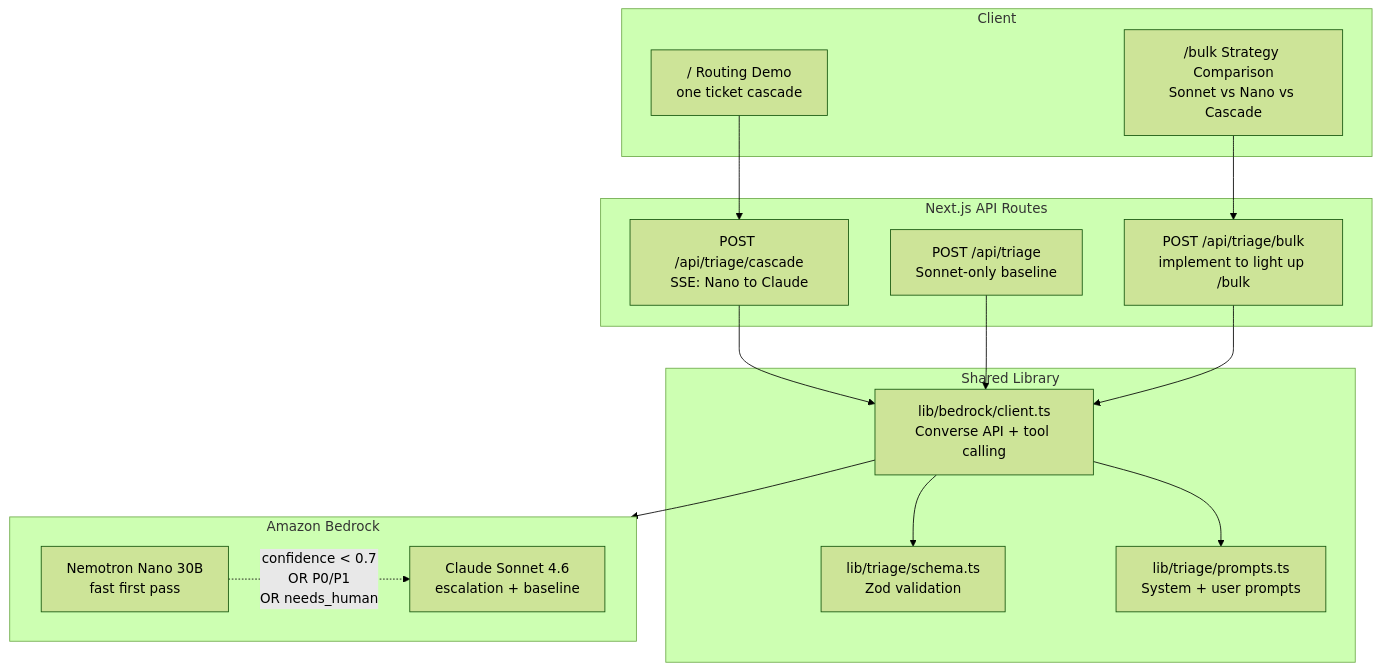
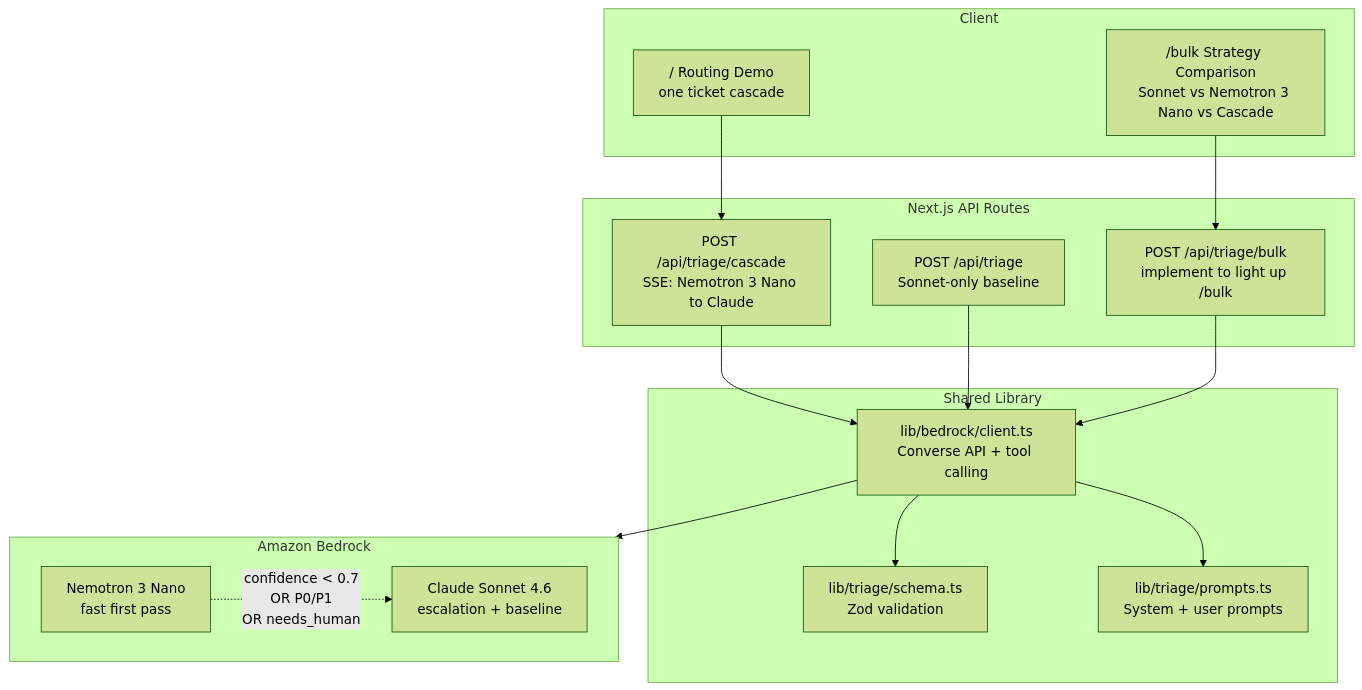
One commit to aws-samples/sample-nvidia-nemotron-cascade-workshop changed the diagram in README.md. Above: the diagram before and after it, drawn with Mermaid (forest theme). The commit also changed other lines of this file and 10 other files, not shown here.

````diff
--- a/README.md
+++ b/README.md
@@ -36,35 +38,35 @@
 ```mermaid
 flowchart TB
     subgraph CLIENT["Client"]
         DEMO["/ Routing Demo\none ticket cascade"]
-        BULK["/bulk Strategy Comparison\nSonnet vs Nano vs Cascade"]
+        BULK["/bulk Strategy Comparison\nSonnet vs Nemotron 3 Nano vs Cascade"]
     end
 
     subgraph API["Next.js API Routes"]
         SINGLE["POST /api/triage\nSonnet-only baseline"]
-        CASCADE["POST /api/triage/cascade\nSSE: Nano to Claude"]
+        CASCADE["POST /api/triage/cascade\nSSE: Nemotron 3 Nano to Claude"]
         BULKAPI["POST /api/triage/bulk\nimplement to light up /bulk"]
     end
 
     subgraph LIB["Shared Library"]
         CLIENT_LIB["lib/bedrock/client.ts\nConverse API + tool calling"]
         SCHEMA["lib/triage/schema.ts\nZod validation"]
         PROMPTS["lib/triage/prompts.ts\nSystem + user prompts"]
     end
 
     subgraph BEDROCK["Amazon Bedrock"]
         direction LR
-        NANO["Nemotron Nano 30B\nfast first pass"]
+        NANO["Nemotron 3 Nano\nfast first pass"]
         SONNET["Claude Sonnet 4.6\nescalation + baseline"]
     end
 
     DEMO --> CASCADE
     BULK --> BULKAPI
     CASCADE --> CLIENT_LIB
     SINGLE --> CLIENT_LIB
     BULKAPI --> CLIENT_LIB
     CLIENT_LIB --> SCHEMA
     CLIENT_LIB --> PROMPTS
     CLIENT_LIB --> BEDROCK
     NANO -.->|"confidence < 0.7\nOR P0/P1\nOR needs_human"| SONNET
 ```
````
